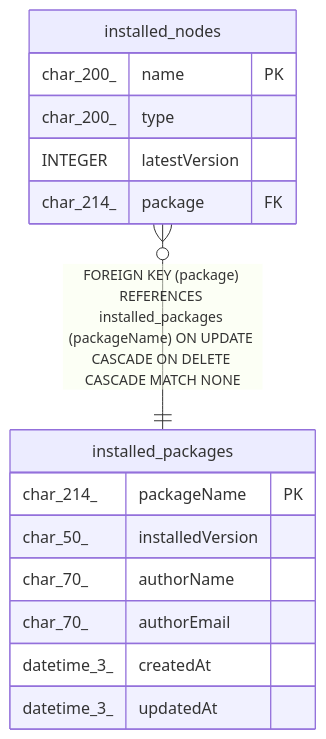
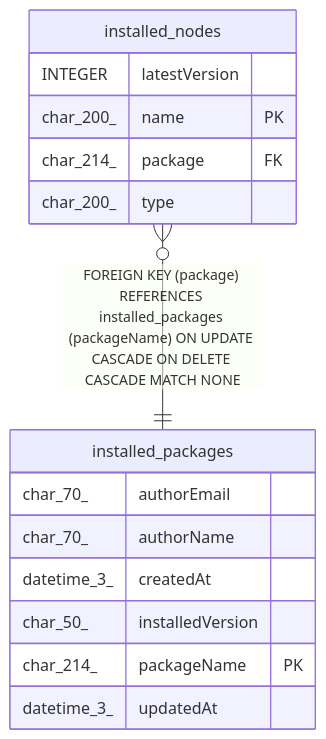
One commit to mayankjain1815-commits/n8n changed the diagram in docs/generated/sqlite-schema/installed_nodes.md. Above: the diagram before and after it, drawn with Mermaid. The commit also changed other lines of this file and 221 other files, not shown here.

Commit message:
chore(core): Make DB schema docs generation deterministic (#32373)

````diff
--- a/docs/generated/sqlite-schema/installed_nodes.md
+++ b/docs/generated/sqlite-schema/installed_nodes.md
@@ -39,20 +39,20 @@
 ```mermaid
 erDiagram
 
 "installed_nodes" }o--|| "installed_packages" : "FOREIGN KEY (package) REFERENCES installed_packages (packageName) ON UPDATE CASCADE ON DELETE CASCADE MATCH NONE"
 
 "installed_nodes" {
+  INTEGER latestVersion
   char_200_ name PK
+  char_214_ package FK
   char_200_ type
-  INTEGER latestVersion
-  char_214_ package FK
 }
 "installed_packages" {
+  char_70_ authorEmail
+  char_70_ authorName
+  datetime_3_ createdAt
+  char_50_ installedVersion
   char_214_ packageName PK
-  char_50_ installedVersion
-  char_70_ authorName
-  char_70_ authorEmail
-  datetime_3_ createdAt
   datetime_3_ updatedAt
 }
 ```
````
